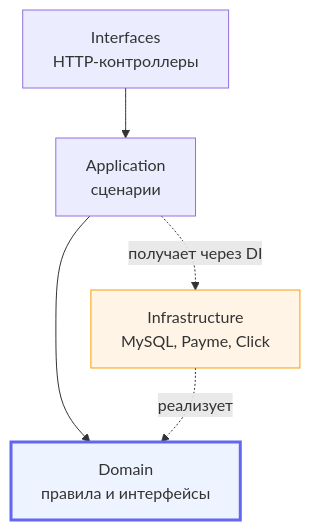
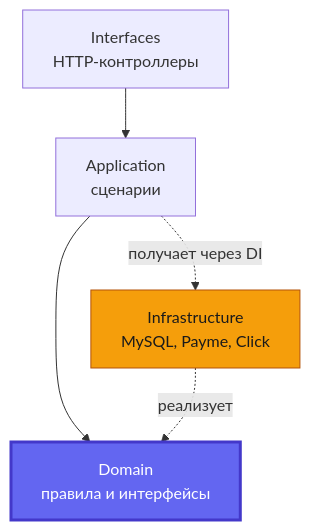
One commit to Shohruh1997/php-layered-architecture-notes changed the diagram in README.md. Above: the diagram before and after it, drawn with Mermaid. The commit also changed other lines of this file, not shown here.

````diff
--- a/README.md
+++ b/README.md
@@ -27,10 +31,10 @@
 ```mermaid
 flowchart TD
     I[Interfaces<br/>HTTP-контроллеры] --> A[Application<br/>сценарии]
     A --> D[Domain<br/>правила и интерфейсы]
     INF[Infrastructure<br/>MySQL, Payme, Click] -.реализует.-> D
     A -.получает через DI.-> INF
 
-    style D fill:#eef4ff,stroke:#6366f1,stroke-width:3px
-    style INF fill:#fff4e6,stroke:#f59e0b
+    style D fill:#6366f1,stroke:#4338ca,stroke-width:3px,color:#ffffff
+    style INF fill:#f59e0b,stroke:#b45309,color:#1a1a1a
 ```
````
